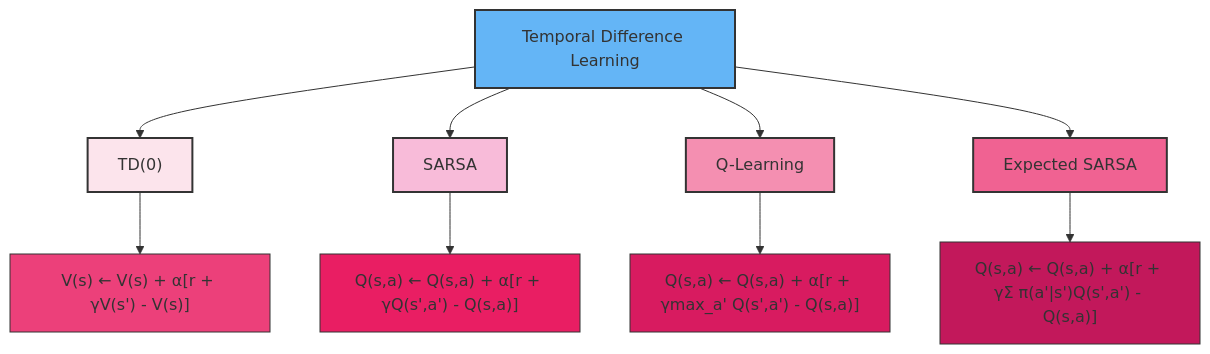
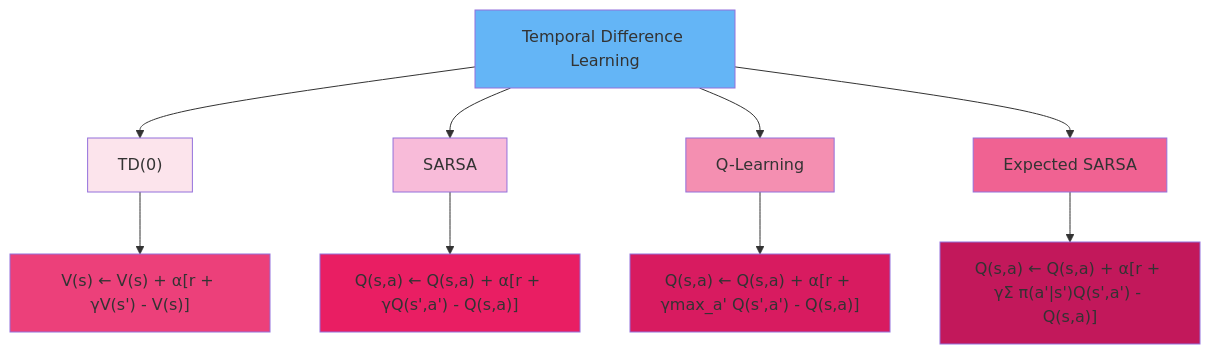
The fifth of 5 diagrams in C_2.md (Chaklader/DPRL-Value-based-methods), drawn with Mermaid before and after one commit. The commit also changed other lines of this file, not shown here.

````diff
--- a/C_2.md
+++ b/C_2.md
@@ -1738,22 +2127,22 @@
 ```mermaid
 graph TD
     D["Temporal Difference Learning"] --> K["TD(0)"]
     D --> L["SARSA"]
     D --> M["Q-Learning"]
     D --> N["Expected SARSA"]
 
     K --> U["V(s) ← V(s) + α[r + γV(s') - V(s)]"]
     L --> V["Q(s,a) ← Q(s,a) + α[r + γQ(s',a') - Q(s,a)]"]
     M --> W["Q(s,a) ← Q(s,a) + α[r + γmax_a' Q(s',a') - Q(s,a)]"]
     N --> X["Q(s,a) ← Q(s,a) + α[r + γΣ π(a'|s')Q(s',a') - Q(s,a)]"]
 
-    style D fill:#64B5F6,stroke:#333,stroke-width:2px
-    style K fill:#FCE4EC,stroke:#333,stroke-width:2px
-    style L fill:#F8BBD9,stroke:#333,stroke-width:2px
-    style M fill:#F48FB1,stroke:#333,stroke-width:2px
-    style N fill:#F06292,stroke:#333,stroke-width:2px
-    style U fill:#EC407A,stroke:#333,stroke-width:1px
-    style V fill:#E91E63,stroke:#333,stroke-width:1px
-    style W fill:#D81B60,stroke:#333,stroke-width:1px
-    style X fill:#C2185B,stroke:#333,stroke-width:1px
+    style D fill:#64B5F6
+    style K fill:#FCE4EC
+    style L fill:#F8BBD9
+    style M fill:#F48FB1
+    style N fill:#F06292
+    style U fill:#EC407A
+    style V fill:#E91E63
+    style W fill:#D81B60
+    style X fill:#C2185B
 ```
````
